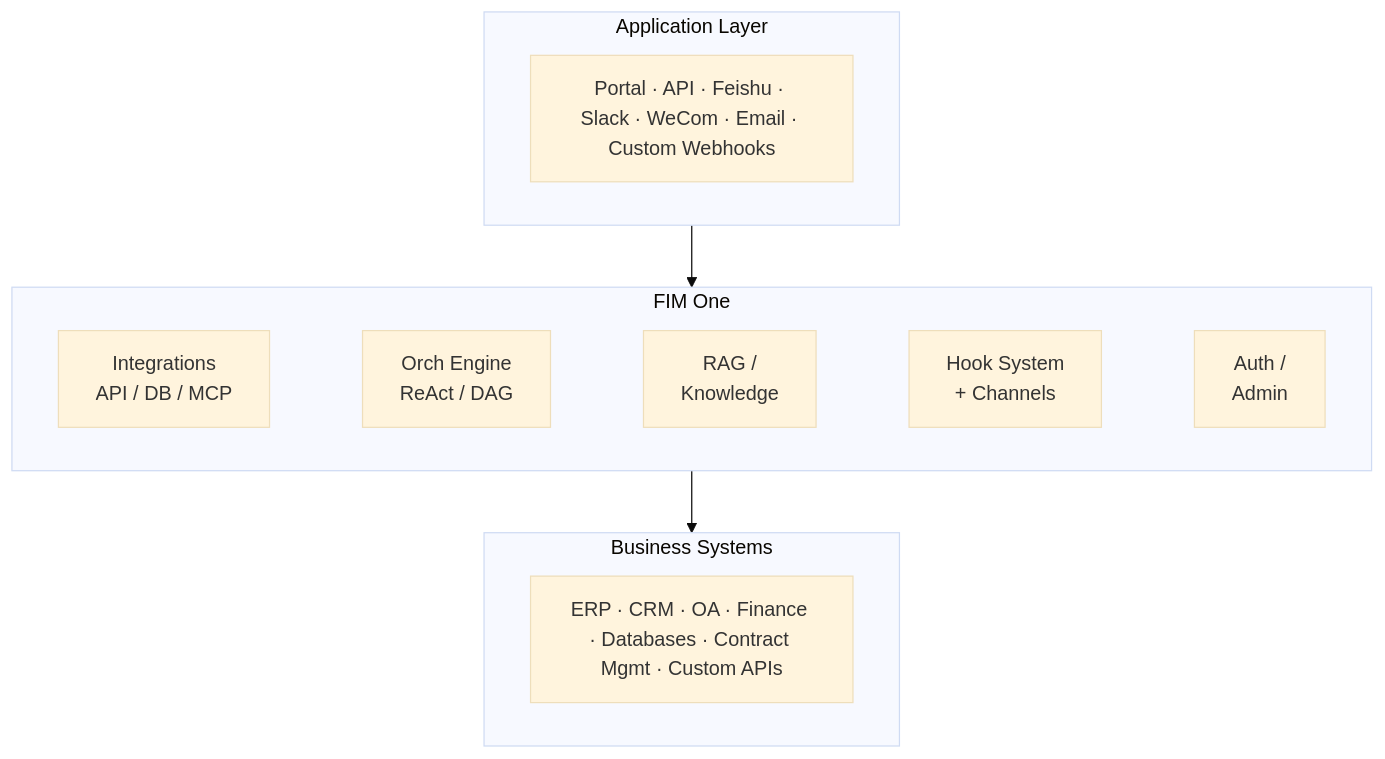
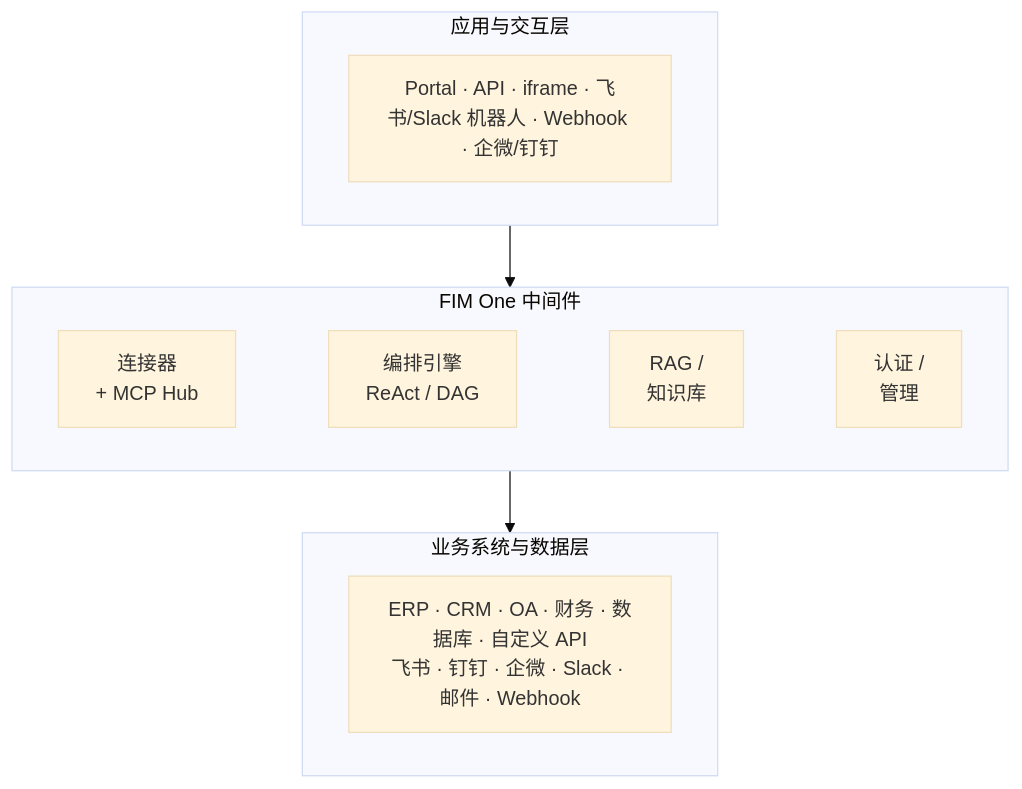
One commit to fim-ai/fim-one changed the second of 4 diagrams in README.zh.md. Above: the diagram before and after it, drawn with Mermaid (base theme). The commit also changed other lines of this file and 36 other files, not shown here.

First line of the commit message:
refactor: complete fim-agent to fim-one rename across entire codebase

````diff
--- a/README.zh.md
+++ b/README.zh.md
@@ -169,14 +184,14 @@
 ```mermaid
 graph TB
-    subgraph app["Application Layer"]
-        a["Portal · API · Feishu · Slack · WeCom · Email · Custom Webhooks"]
+    subgraph app["应用与交互层"]
+        a["Portal · API · iframe · 飞书/Slack 机器人 · Webhook · 企微/钉钉"]
     end
-    subgraph mid["FIM One"]
+    subgraph mid["FIM One 中间件"]
         direction LR
-        m1["Integrations<br/>API / DB / MCP"] ~~~ m2["Orch Engine<br/>ReAct / DAG"] ~~~ m3["RAG /<br/>Knowledge"] ~~~ m5["Hook System<br/>+ Channels"] ~~~ m4["Auth /<br/>Admin"]
+        m1["连接器<br/>+ MCP Hub"] ~~~ m2["编排引擎<br/>ReAct / DAG"] ~~~ m3["RAG /<br/>知识库"] ~~~ m4["认证 /<br/>管理"]
     end
-    subgraph biz["Business Systems"]
-        b["ERP · CRM · OA · Finance · Databases · Contract Mgmt · Custom APIs"]
+    subgraph biz["业务系统与数据层"]
+        b["ERP · CRM · OA · 财务 · 数据库 · 自定义 API<br/>飞书 · 钉钉 · 企微 · Slack · 邮件 · Webhook"]
     end
     app --> mid --> biz
 ```
````
